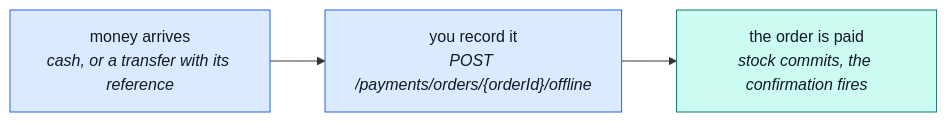
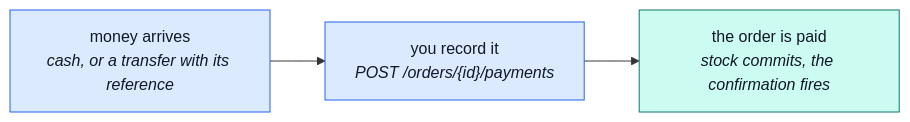
Before and after one commit to Guebbit/boilerplate-node-backend: the third of 3 diagrams in docs/demo-ecommerce/moderator.md, drawn with Mermaid. The commit also changed other lines of this file and 16 other files, not shown here.

First line of the commit message:
feat(payments)!: record an order's payment at POST /orders/{id}/payments

````diff
--- a/docs/demo-ecommerce/moderator.md
+++ b/docs/demo-ecommerce/moderator.md
@@ -80,11 +80,11 @@
 ```mermaid
 %%{init: {'flowchart': {'nodeSpacing': 30, 'rankSpacing': 55}}}%%
 flowchart LR
-    A["money arrives<br/><i>cash, or a transfer with its reference</i>"] --> B["you record it<br/><i>POST /payments/orders/{orderId}/offline</i>"]
+    A["money arrives<br/><i>cash, or a transfer with its reference</i>"] --> B["you record it<br/><i>POST /orders/{id}/payments</i>"]
     B --> C["the order is paid<br/><i>stock commits, the confirmation fires</i>"]
 
     classDef you fill:#dbeafe,stroke:#2563eb,color:#111827;
     classDef done fill:#ccfbf1,stroke:#0f766e,color:#111827;
     class A,B you;
     class C done;
 ```
````
